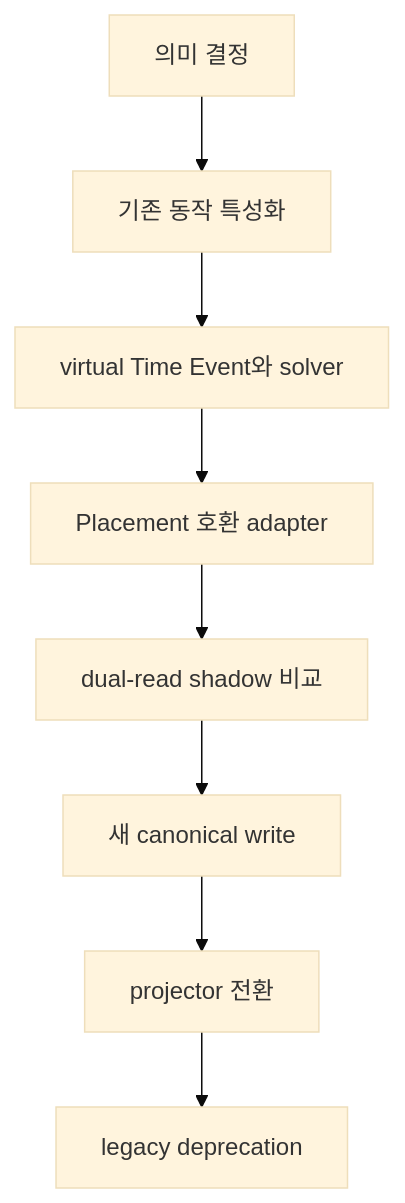
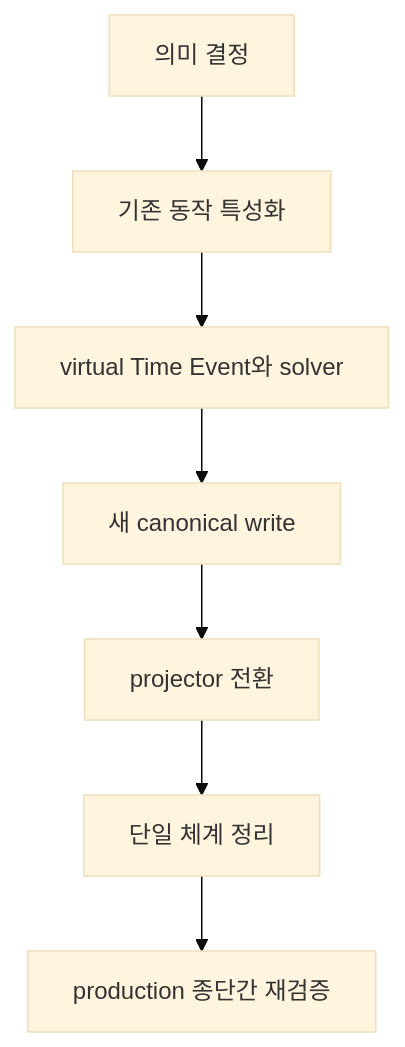
The diagram in docs/implementation/IP-002-temporal-model-realignment.md (neocjmix/moirai), drawn with Mermaid (base theme) before and after one commit. The commit also changed other lines of this file and 47 other files, not shown here.

````diff
--- a/docs/implementation/IP-002-temporal-model-realignment.md
+++ b/docs/implementation/IP-002-temporal-model-realignment.md
@@ -32,10 +30,9 @@
 ```mermaid
 flowchart TD
     A["의미 결정"] --> B["기존 동작 특성화"]
     B --> C["virtual Time Event와 solver"]
-    C --> D["Placement 호환 adapter"]
-    D --> E["dual-read shadow 비교"]
-    E --> F["새 canonical write"]
-    F --> G["projector 전환"]
-    G --> H["legacy deprecation"]
+    C --> D["새 canonical write"]
+    D --> E["projector 전환"]
+    E --> F["단일 체계 정리"]
+    F --> G["production 종단간 재검증"]
 ```
````
